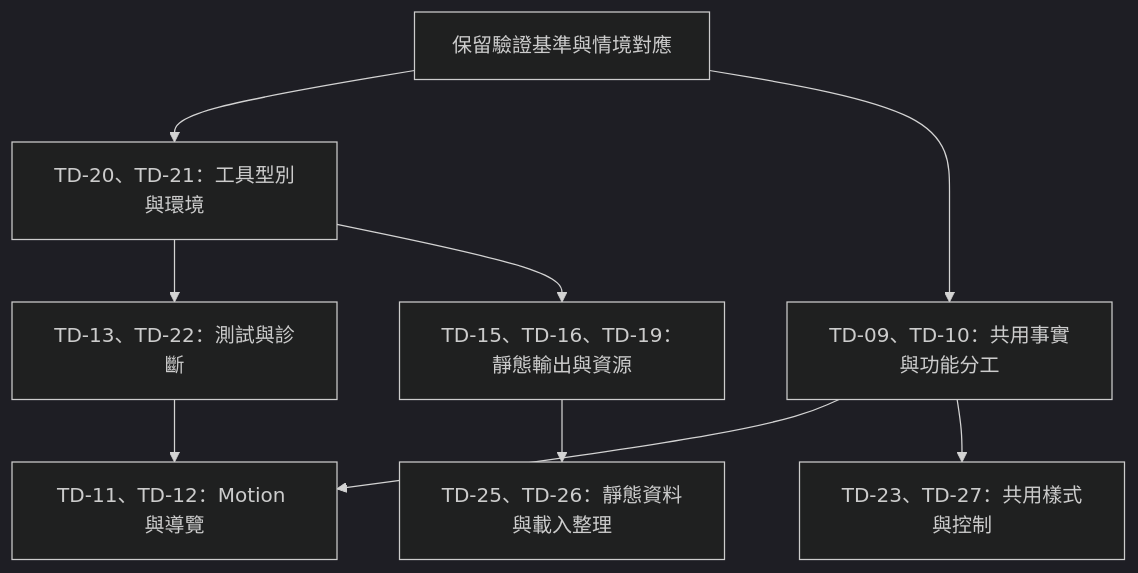
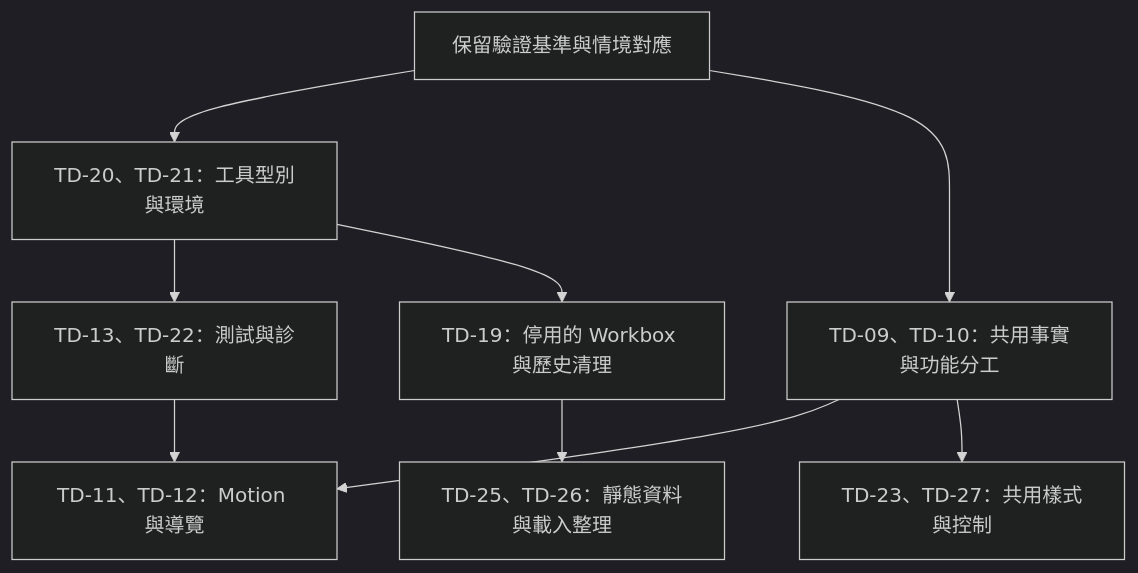
Before and after one commit to bingyangchen/bingyangchen.github.io: the third of 3 diagrams in docs/plans/0001-codebase-technical-debt.md, drawn with Mermaid (dark theme). The commit also changed other lines of this file and 19 other files, not shown here.

````diff
--- a/docs/plans/0001-codebase-technical-debt.md
+++ b/docs/plans/0001-codebase-technical-debt.md
@@ -280,12 +262,12 @@
 ```mermaid
 flowchart TD
   baseline[保留驗證基準與情境對應]
   baseline --> tooling[TD-20、TD-21：工具型別與環境]
   baseline --> content[TD-09、TD-10：共用事實與功能分工]
   tooling --> tests[TD-13、TD-22：測試與診斷]
-  tooling --> build[TD-15、TD-16、TD-19：靜態輸出與資源]
+  tooling --> build[TD-19：停用的 Workbox 與歷史清理]
   content --> logic[TD-11、TD-12：Motion 與導覽]
   tests --> logic
   content --> styles[TD-23、TD-27：共用樣式與控制]
   build --> optional[TD-25、TD-26：靜態資料與載入整理]
 ```
````
